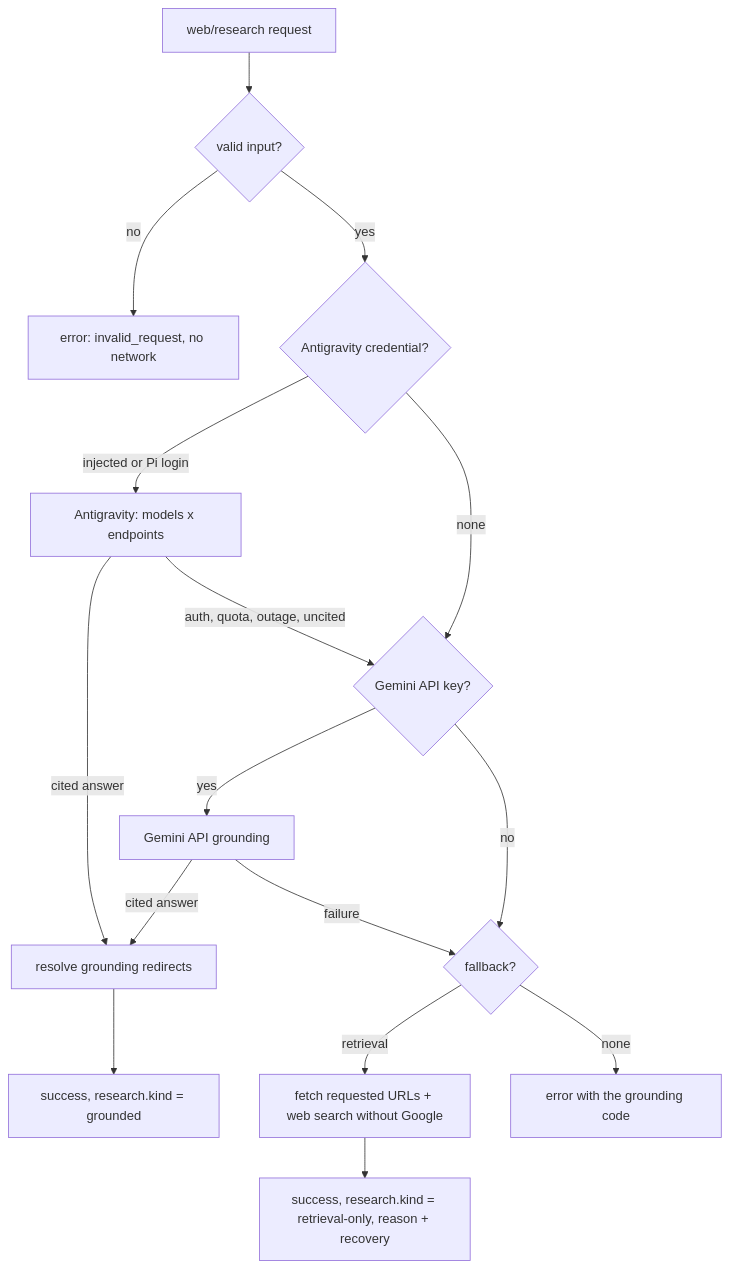
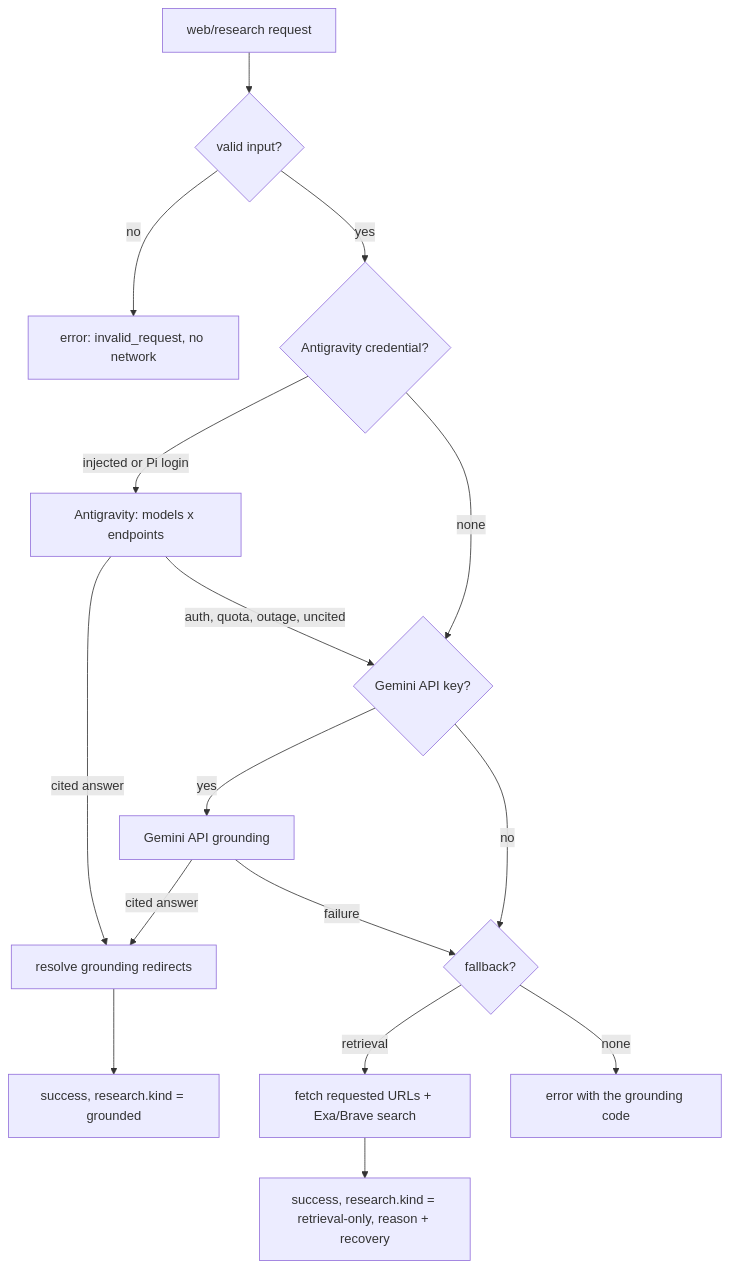
The diagram in docs/grounded-research.md (adityavkk/srch), drawn with Mermaid before and after one commit. The commit also changed other lines of this file and 5 other files, not shown here.

````diff
--- a/docs/grounded-research.md
+++ b/docs/grounded-research.md
@@ -50,18 +50,18 @@
 ```mermaid
 flowchart TD
   Q[web/research request] --> V{valid input?}
   V -- no --> E1[error: invalid_request, no network]
   V -- yes --> A{Antigravity credential?}
   A -- injected or Pi login --> AG[Antigravity: models x endpoints]
   A -- none --> G{Gemini API key?}
   AG -- cited answer --> R[resolve grounding redirects]
   AG -- auth, quota, outage, uncited --> G
   G -- yes --> GA[Gemini API grounding]
   G -- no --> F{fallback?}
   GA -- cited answer --> R
   GA -- failure --> F
   R --> OK[success, research.kind = grounded]
-  F -- retrieval --> D[fetch requested URLs + web search without Google]
+  F -- retrieval --> D[fetch requested URLs + Exa/Brave search]
   F -- none --> E2[error with the grounding code]
   D --> RO[success, research.kind = retrieval-only, reason + recovery]
 ```
````
